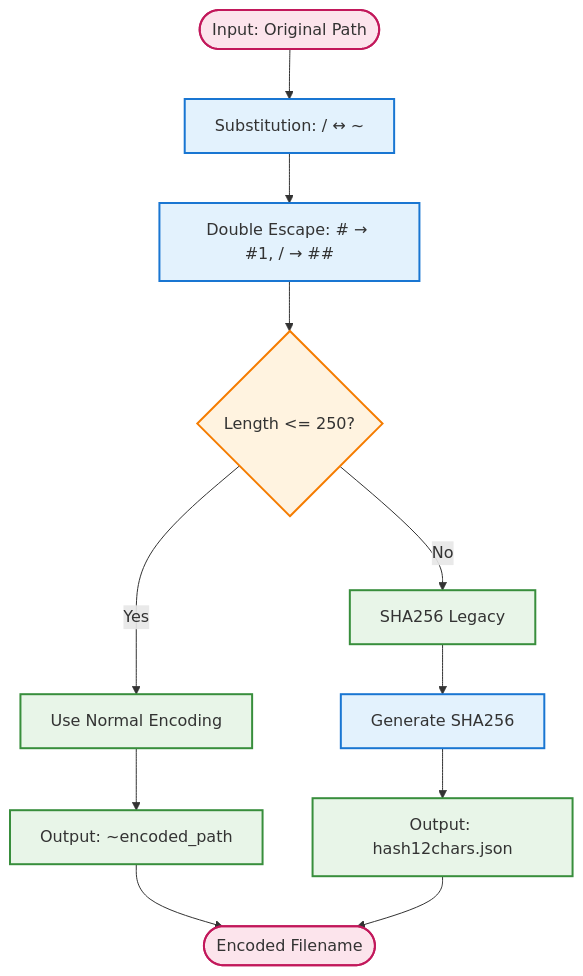
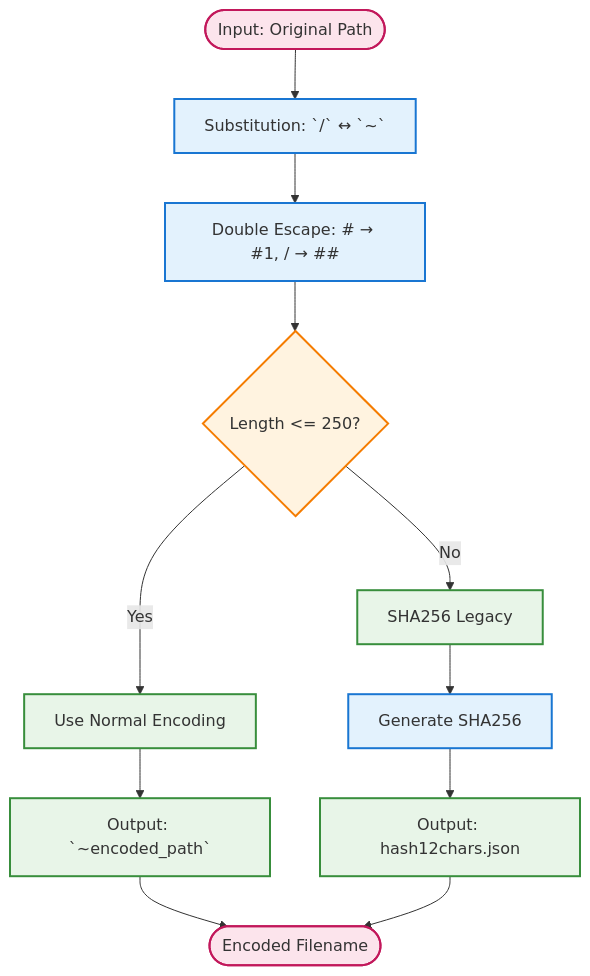
The third of 5 diagrams in docs/tasks/0023_hybrid_hash_filename_encoding/02_architecture.md (isseis/go-safe-cmd-runner), drawn with Mermaid before and after one commit. The commit also changed other lines of this file and 3 other files, not shown here.

````diff
--- a/docs/tasks/0023_hybrid_hash_filename_encoding/02_architecture.md
+++ b/docs/tasks/0023_hybrid_hash_filename_encoding/02_architecture.md
@@ -138,26 +138,26 @@
 ```mermaid
 flowchart TD
-    START([Input: Original Path]) --> SUB[Substitution: / ↔ ~]
+    START([Input: Original Path]) --> SUB[Substitution: `/` ↔ `~`]
     SUB --> ESC[Double Escape: # → #1, / → ##]
     ESC --> CHECK{Length <= 250?}
 
     CHECK -->|Yes| NORMAL[Use Normal Encoding]
     CHECK -->|No| FALLBACK[SHA256 Legacy]
 
-    NORMAL --> RESULT_N[Output: ~encoded_path]
+    NORMAL --> RESULT_N[Output: `~encoded_path`]
     FALLBACK --> HASH[Generate SHA256]
     HASH --> RESULT_F[Output: hash12chars.json]
 
     RESULT_N --> END([Encoded Filename])
     RESULT_F --> END
 
     classDef processNode fill:#e3f2fd,stroke:#1976d2,stroke-width:2px
     classDef decisionNode fill:#fff3e0,stroke:#f57c00,stroke-width:2px
     classDef resultNode fill:#e8f5e8,stroke:#388e3c,stroke-width:2px
     classDef ioNode fill:#fce4ec,stroke:#c2185b,stroke-width:2px
 
     class SUB,ESC,HASH processNode
     class CHECK decisionNode
     class NORMAL,FALLBACK,RESULT_N,RESULT_F resultNode
     class START,END ioNode
 ```
````
